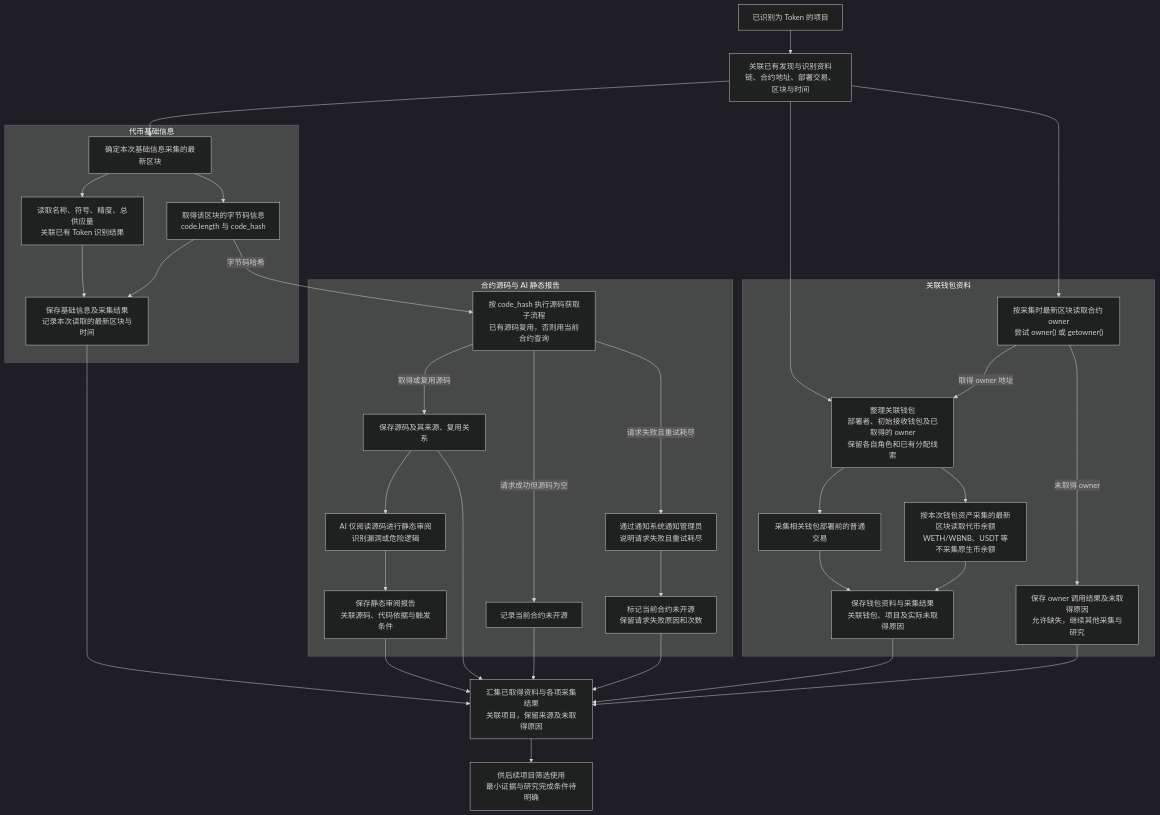
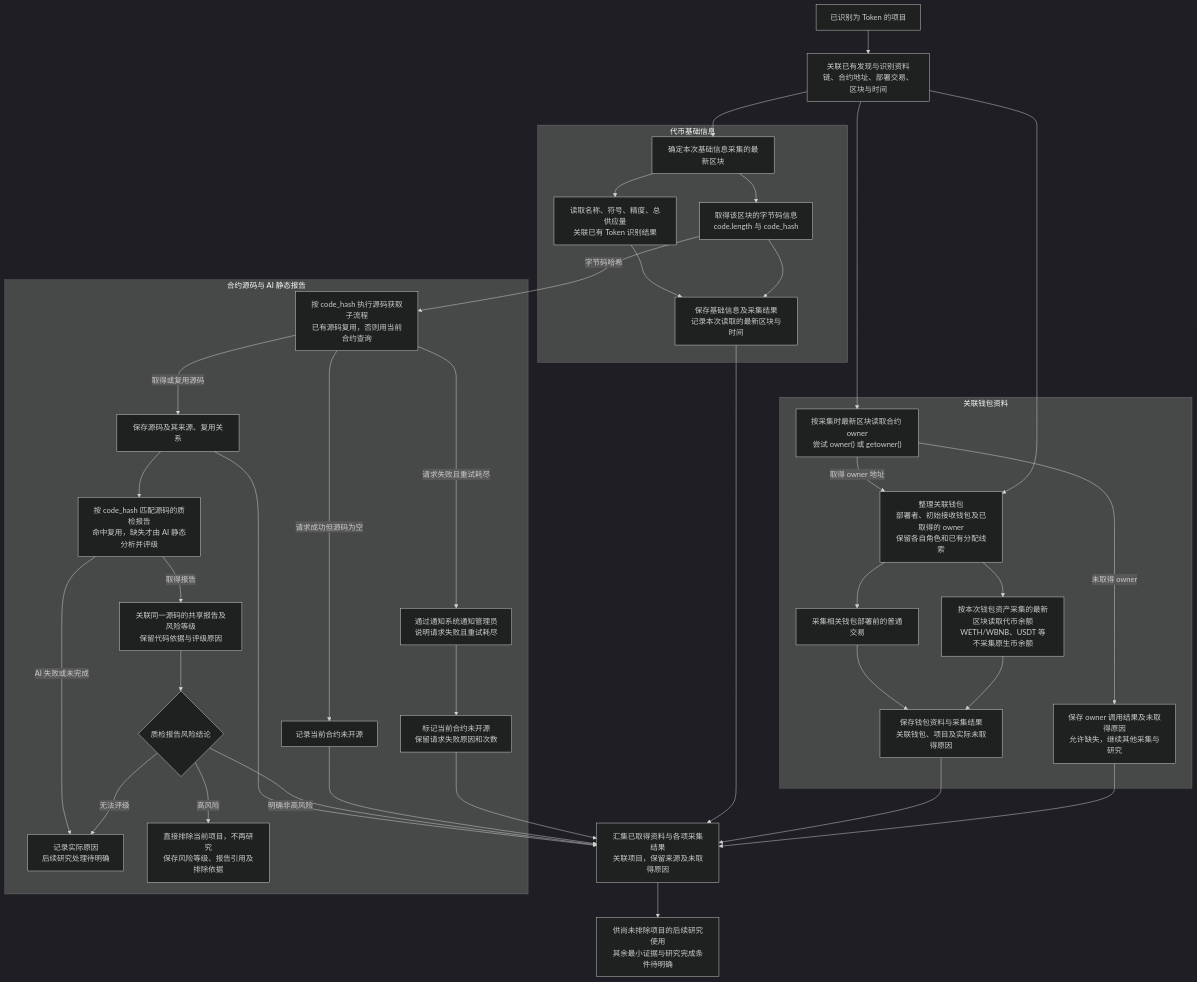
One commit to useryege/athena-o changed the diagram in docs/project/token-research-materials-flow.md. Above: the diagram before and after it, drawn with Mermaid (dark theme). The commit also changed other lines of this file and 7 other files, not shown here.

````diff
--- a/docs/project/token-research-materials-flow.md
+++ b/docs/project/token-research-materials-flow.md
@@ -11,58 +11,62 @@
 ```mermaid
 flowchart TD
     A["已识别为 Token 的项目"] --> B["关联已有发现与识别资料<br/>链、合约地址、部署交易、区块与时间"]
 
     subgraph basic["代币基础信息"]
         Q["确定本次基础信息采集的最新区块"]
         C["读取名称、符号、精度、总供应量<br/>关联已有 Token 识别结果"]
         D["取得该区块的字节码信息<br/>code.length 与 code_hash"]
         E["保存基础信息及采集结果<br/>记录本次读取的最新区块与时间"]
         Q --> C
         Q --> D
         C --> E
         D --> E
     end
 
     subgraph source["合约源码与 AI 静态报告"]
         F["按 code_hash 执行源码获取子流程<br/>已有源码复用，否则用当前合约查询"]
         G["保存源码及其来源、复用关系"]
         H["记录当前合约未开源"]
         I["通过通知系统通知管理员<br/>说明请求失败且重试耗尽"]
         I2["标记当前合约未开源<br/>保留请求失败原因和次数"]
         F -->|取得或复用源码| G
-        G --> SR["AI 仅阅读源码进行静态审阅<br/>识别漏洞或危险逻辑"]
-        SR --> ST["保存静态审阅报告<br/>关联源码、代码依据与触发条件"]
+        G --> SR["按 code_hash 匹配源码的质检报告<br/>命中复用，缺失才由 AI 静态分析并评级"]
+        SR -->|取得报告| ST["关联同一源码的共享报告及风险等级<br/>保留代码依据与评级原因"]
+        SR -->|AI 失败或未完成| UN["记录实际原因<br/>后续研究处理待明确"]
+        ST --> RISK{"质检报告风险结论"}
+        RISK -->|高风险| EX["直接排除当前项目，不再研究<br/>保存风险等级、报告引用及排除依据"]
+        RISK -->|无法评级| UN
         F -->|请求成功但源码为空| H
         F -->|请求失败且重试耗尽| I
         I --> I2
     end
 
     subgraph wallets["关联钱包资料"]
         O["按采集时最新区块读取合约 owner<br/>尝试 owner() 或 getowner()"]
         O2["保存 owner 调用结果及未取得原因<br/>允许缺失，继续其他采集与研究"]
         J["整理关联钱包<br/>部署者、初始接收钱包及已取得的 owner<br/>保留各自角色和已有分配线索"]
         K["采集相关钱包部署前的普通交易"]
         L["按本次钱包资产采集的最新区块读取代币余额<br/>WETH/WBNB、USDT 等<br/>不采集原生币余额"]
         M["保存钱包资料与采集结果<br/>关联钱包、项目及实际未取得原因"]
         O -->|取得 owner 地址| J
         O -->|未取得 owner| O2
         J --> K
         J --> L
         K --> M
         L --> M
     end
 
     B --> Q
     D -->|字节码哈希| F
     B --> J
     B --> O
 
     E --> N["汇集已取得资料与各项采集结果<br/>关联项目，保留来源及未取得原因"]
     G --> N
-    ST --> N
+    RISK -->|明确非高风险| N
     H --> N
     I2 --> N
     M --> N
     O2 --> N
-    N --> P["供后续项目筛选使用<br/>最小证据与研究完成条件待明确"]
+    N --> P["供尚未排除项目的后续研究使用<br/>其余最小证据与研究完成条件待明确"]
 ```
````
